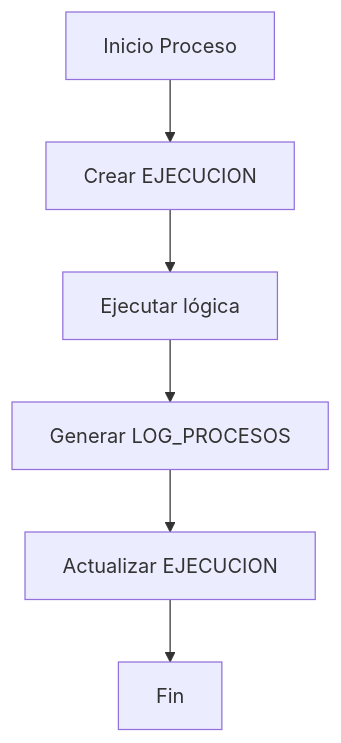
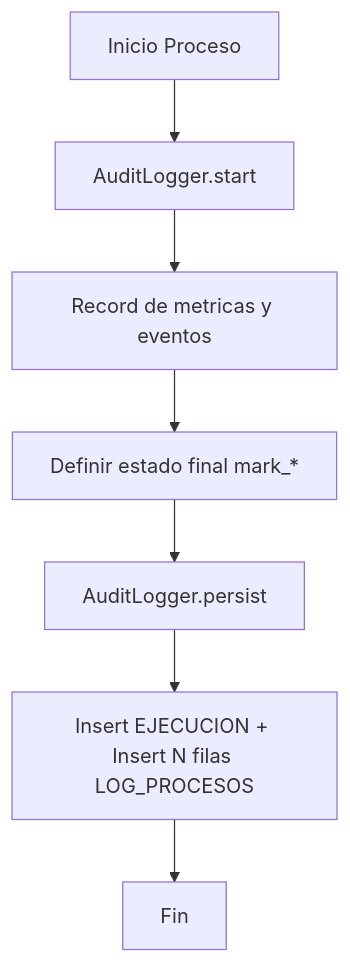
The diagram in docs/DOCUMENTACIÓN Sistema de Auditoría de Automatizaci 3423ee3cbfb280bf8290e90641d924dd.md (jramirez12301/BOT-REPORTE-SEGUROS), drawn with Mermaid before and after one commit. The commit also changed other lines of this file and 4 other files, not shown here.

````diff
--- a/docs/DOCUMENTACIÓN Sistema de Auditoría de Automatizaci 3423ee3cbfb280bf8290e90641d924dd.md
+++ b/docs/DOCUMENTACIÓN Sistema de Auditoría de Automatizaci 3423ee3cbfb280bf8290e90641d924dd.md
@@ -117,8 +142,9 @@
 ```mermaid
 graph TD
-A[Inicio Proceso] --> B[Crear EJECUCION]
-B --> C[Ejecutar lógica]
-C --> D[Generar LOG_PROCESOS]
-D --> E[Actualizar EJECUCION]
-E --> F[Fin]
+A[Inicio Proceso] --> B[AuditLogger.start]
+B --> C[Record de metricas y eventos]
+C --> D[Definir estado final mark_*]
+D --> E[AuditLogger.persist]
+E --> F[Insert EJECUCION + Insert N filas LOG_PROCESOS]
+F --> G[Fin]
 ```
````
